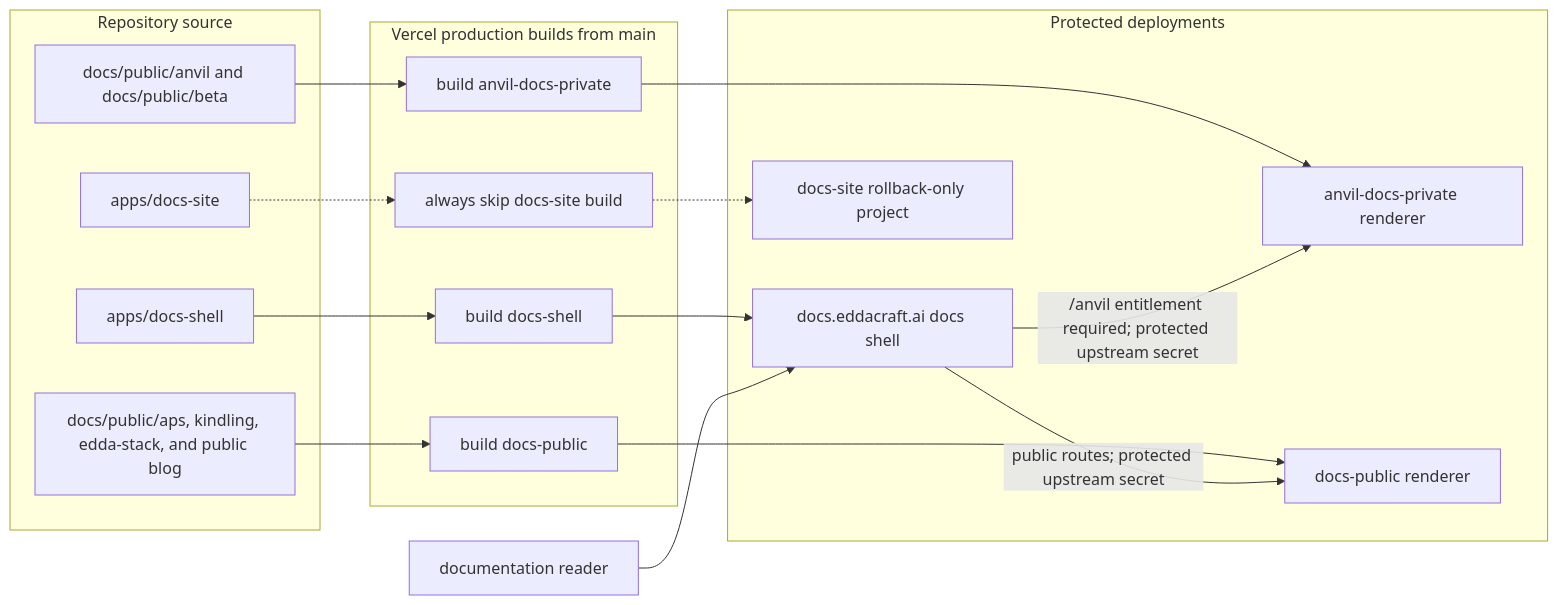
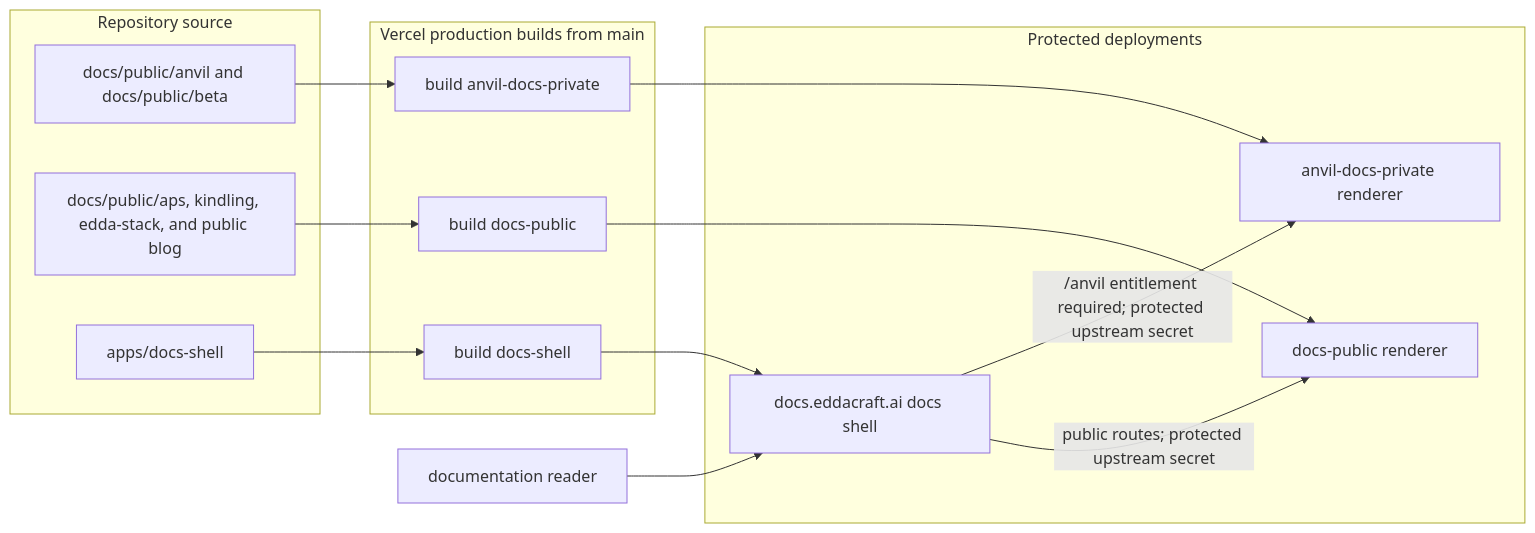
The diagram in docs/architecture/docs-delivery.md (eddacraft/eddacraft-tui), drawn with Mermaid before and after one commit. The commit also changed other lines of this file and 54 other files, not shown here.

````diff
--- a/docs/architecture/docs-delivery.md
+++ b/docs/architecture/docs-delivery.md
@@ -22,32 +22,28 @@
 ```mermaid
 flowchart LR
     subgraph Source["Repository source"]
         AnvilSource[docs/public/anvil and docs/public/beta]
         PublicSource[docs/public/aps, kindling, edda-stack, and public blog]
         ShellSource[apps/docs-shell]
-        RollbackSource[apps/docs-site]
     end
 
     subgraph Build["Vercel production builds from main"]
         PrivateBuild[build anvil-docs-private]
         PublicBuild[build docs-public]
         ShellBuild[build docs-shell]
-        RollbackSkip[always skip docs-site build]
     end
 
     subgraph Deploy["Protected deployments"]
         Private[anvil-docs-private renderer]
         Public[docs-public renderer]
         Shell[docs.eddacraft.ai docs shell]
-        Rollback[docs-site rollback-only project]
     end
 
     AnvilSource --> PrivateBuild --> Private
     PublicSource --> PublicBuild --> Public
     ShellSource --> ShellBuild --> Shell
-    RollbackSource -.-> RollbackSkip -.-> Rollback
 
     Reader[documentation reader] --> Shell
     Shell -->|/anvil entitlement required; protected upstream secret| Private
     Shell -->|public routes; protected upstream secret| Public
 ```
````
